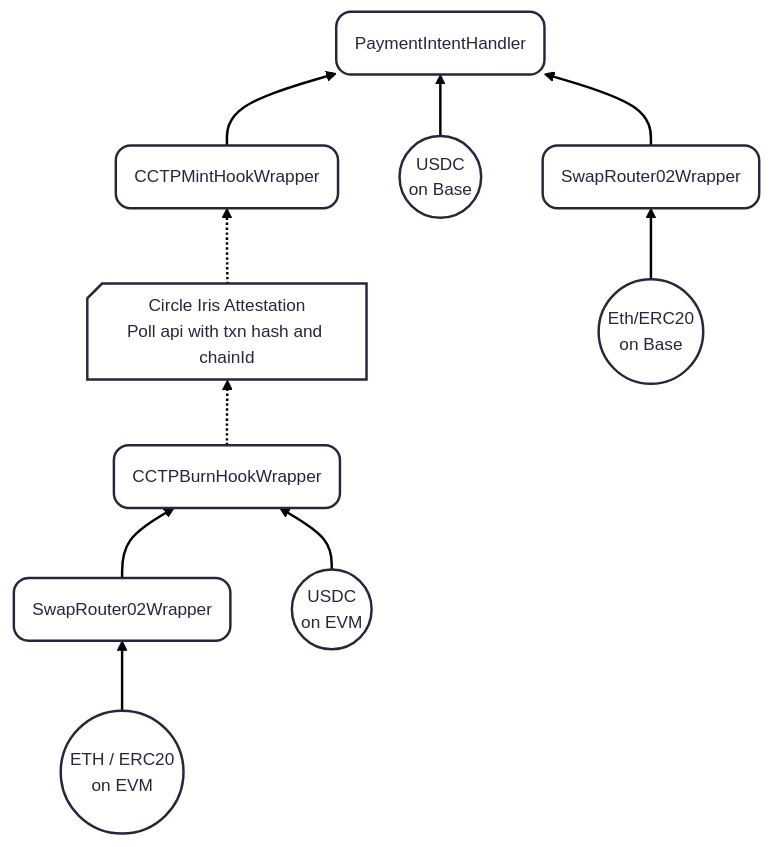
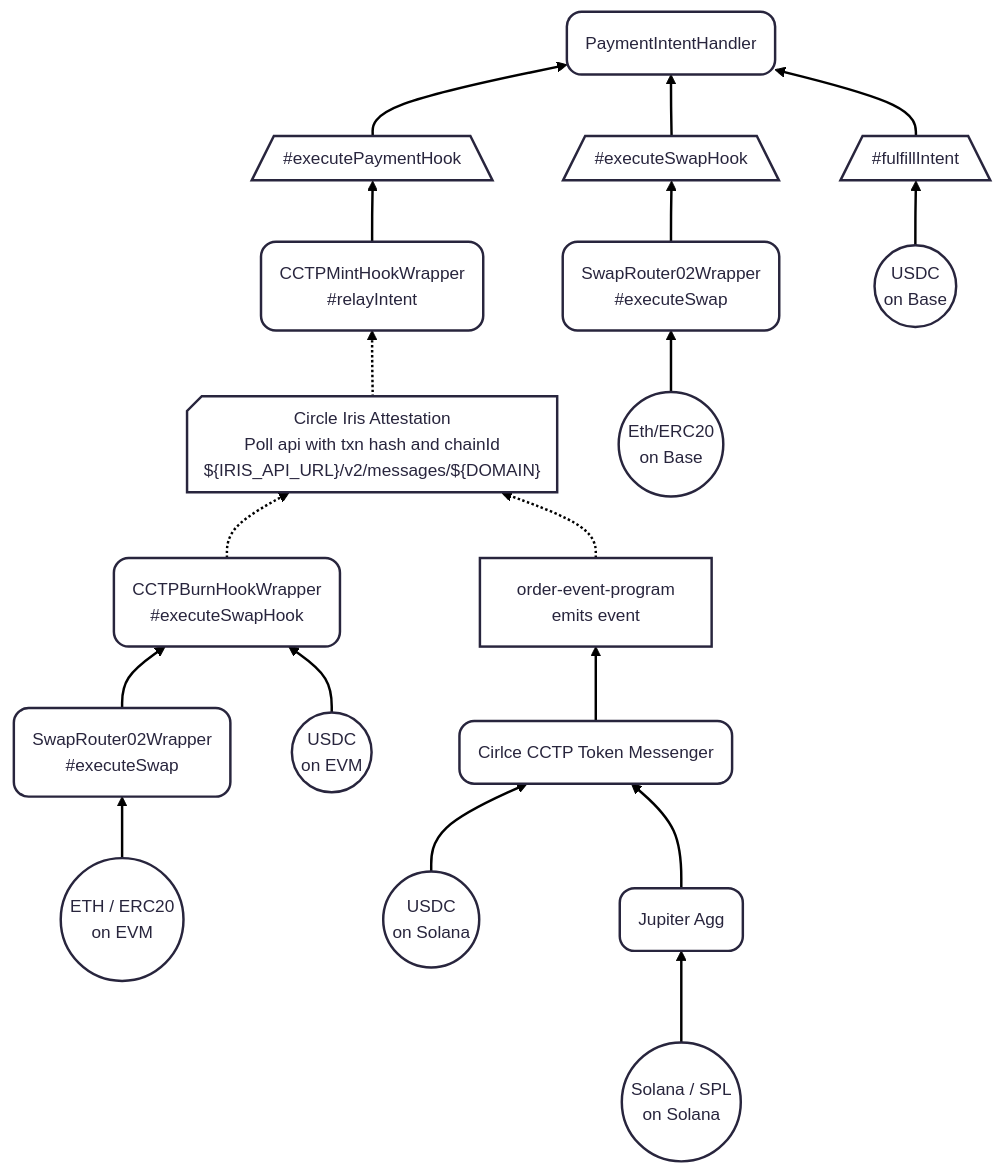
One commit to Skillet-Capital/kettle-pay-contracts changed the diagram in README.md. Above: the diagram before and after it, drawn with Mermaid.

Commit message:
update diagram

````diff
--- a/README.md
+++ b/README.md
@@ -16,23 +16,36 @@
 ```mermaid
 ---
 config:
   theme: redux
   layout: dagre
 ---
 flowchart BT
-    n2["CCTPMintHookWrapper"] --> n1["PaymentIntentHandler"]
-    n3["SwapRouter02Wrapper"] --> n4["CCTPBurnHookWrapper"]
-    n4 -.-> n5["Circle Iris Attestation<br>Poll api with txn hash and chainId"]
+    n2["CCTPMintHookWrapper<br>#relayIntent"] --> n11["#executePaymentHook"]
+    n3@{ label: "SwapRouter02Wrapper<br>#<span style=\"color:\">executeSwap</span>" } --> n4@{ label: "CCTPBurnHookWrapper<br>#<span style=\"color:\">executeSwapHook</span>" }
+    n4 -.-> n5@{ label: "Circle Iris Attestation<br>Poll api with txn hash and chainId<br>${IRIS_API_URL}<span style=\"color:\">/v2/messages/${DOMAIN}</span>" }
     n5 -.-> n2
-    n6(("USDC<br>on Base")) --> n1
+    n6(("USDC<br>on Base")) --> n13["#fulfillIntent"]
     n7(("ETH / ERC20<br>on EVM")) --> n3
     n8(("USDC<br>on EVM")) --> n4
-    n9["SwapRouter02Wrapper"] --> n1
+    n9["SwapRouter02Wrapper<br>#executeSwap"] --> n12["#executeSwapHook"]
     n10(("Eth/ERC20<br>on Base")) --> n9
+    n11 --> n1["PaymentIntentHandler"]
+    n12 --> n1
+    n13 --> n1
+    n14(("USDC<br>on Solana")) --> n15["Cirlce CCTP Token Messenger"]
+    n15 --> n16["order-event-program<br>emits event"]
+    n17(("Solana / SPL<br>on Solana")) --> n18["Jupiter Agg"]
+    n18 --> n15
+    n16 -.-> n5
     n2@{ shape: rounded}
-    n1@{ shape: rounded}
+    n11@{ shape: trap-b}
     n3@{ shape: rounded}
     n4@{ shape: rounded}
     n5@{ shape: card}
+    n13@{ shape: trap-b}
     n9@{ shape: rounded}
+    n12@{ shape: trap-b}
+    n1@{ shape: rounded}
+    n15@{ shape: rounded}
+    n18@{ shape: rounded}
 ```
````
